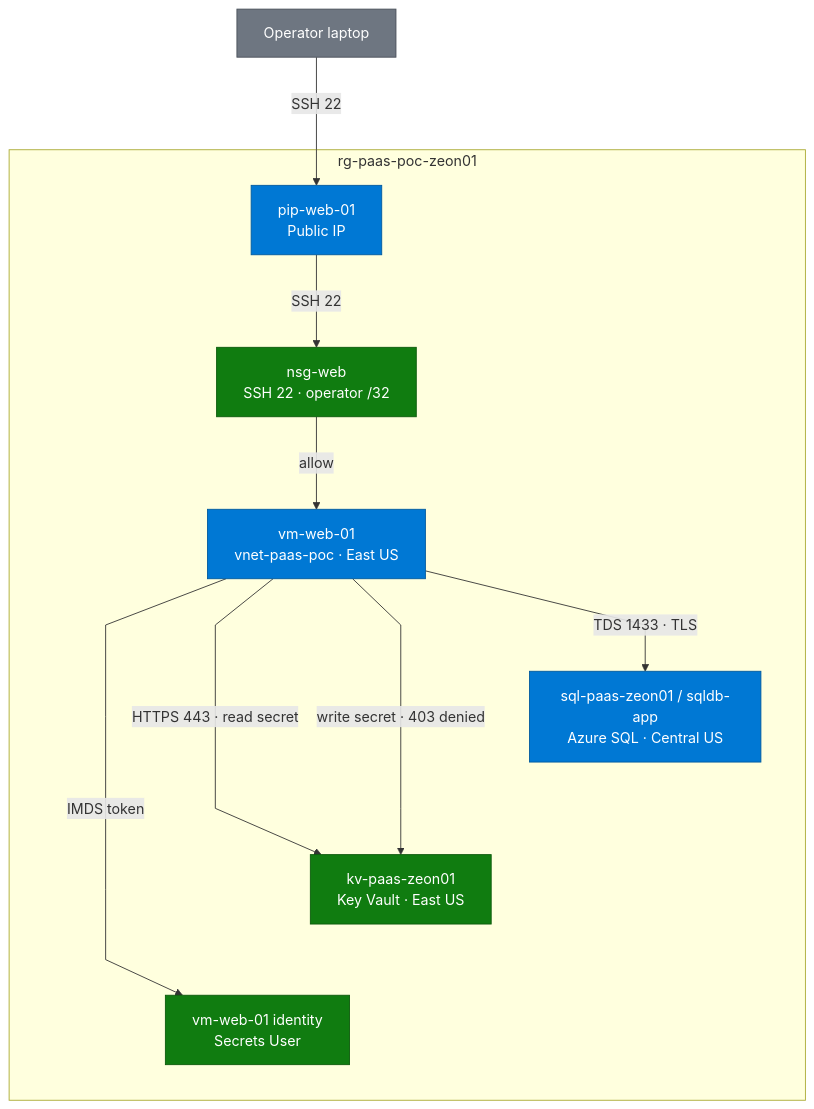
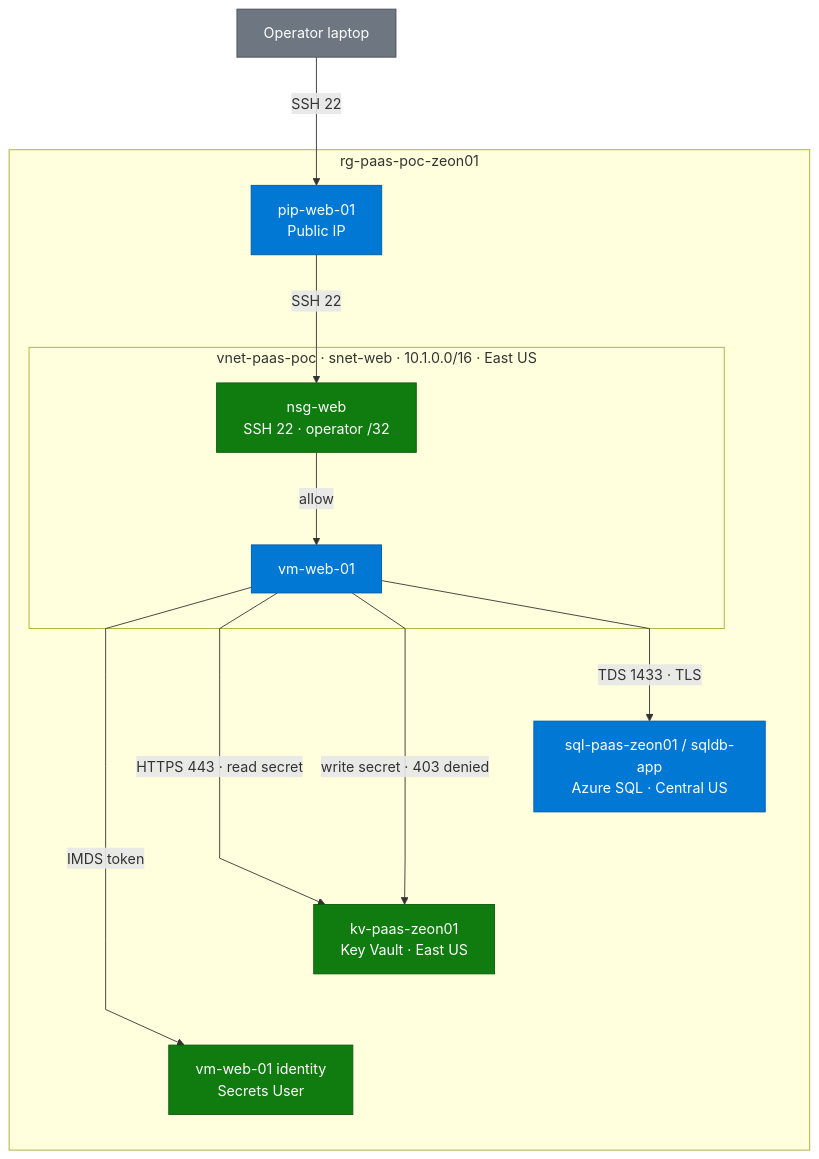
Before and after one commit to zsociety47/azure-sql-keyvault-poc: the diagram in README.md, drawn with Mermaid. The commit also changed other lines of this file, not shown here.

Commit message:
Put the VM and NSG inside the virtual network on the architecture diagram.

````diff
--- a/README.md
+++ b/README.md
@@ -344,33 +344,35 @@
 ```mermaid
 %%{init: {"flowchart": {"useMaxWidth": false, "nodeSpacing": 80, "rankSpacing": 80, "curve": "linear"}}}%%
 flowchart TD
     operator["Operator laptop"]
 
     subgraph rg["rg-paas-poc-zeon01"]
         pip["pip-web-01<br/>Public IP"]
-        nsg["nsg-web<br/>SSH 22 · operator /32"]
-        vmweb["vm-web-01<br/>vnet-paas-poc · East US"]
+        subgraph vnet["vnet-paas-poc · snet-web · 10.1.0.0/16 · East US"]
+            nsg["nsg-web<br/>SSH 22 · operator /32"]
+            vmweb["vm-web-01"]
+        end
         sqldb["sql-paas-zeon01 / sqldb-app<br/>Azure SQL · Central US"]
         kv["kv-paas-zeon01<br/>Key Vault · East US"]
         ident["vm-web-01 identity<br/>Secrets User"]
     end
 
     operator -- "SSH 22" --> pip
     pip -- "SSH 22" --> nsg
     nsg -- "allow" --> vmweb
     vmweb -- "TDS 1433 · TLS" --> sqldb
     vmweb -- "HTTPS 443 · read secret" --> kv
     vmweb -- "write secret · 403 denied" --> kv
     vmweb -- "IMDS token" --> ident
 
     sqldb ~~~ kv
     kv ~~~ ident
 
     classDef azure fill:#0078d4,stroke:#005a9e,color:#fff
     classDef external fill:#6e7681,stroke:#484f58,color:#fff
     classDef identity fill:#107c10,stroke:#0b5a0b,color:#fff
 
     class pip,vmweb,sqldb azure
     class operator external
     class ident,kv,nsg identity
 ```
````
